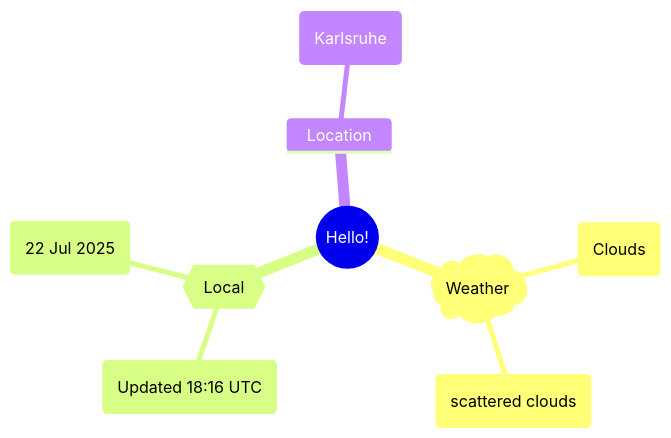
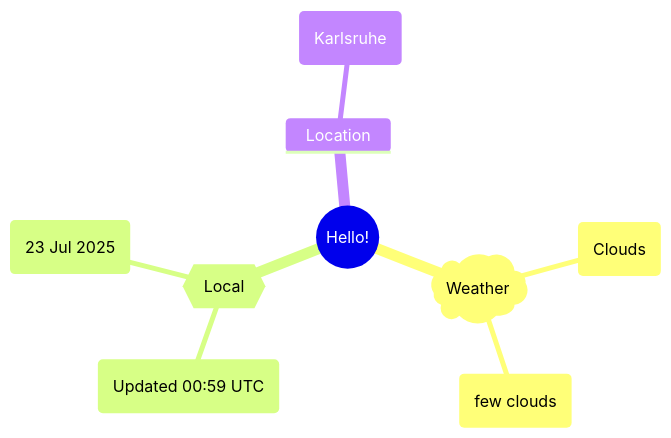
The first of 2 diagrams in README.md (Xosrov/Xosrov), drawn with Mermaid before and after one commit.

Commit message:
[bot] updated images

````diff
--- a/README.md
+++ b/README.md
@@ -3,12 +3,12 @@
 ```mermaid
 mindmap
   root((Hello!))
     )Weather(
         (Clouds)
-        (scattered clouds)
+        (few clouds)
     {{Local}}
-        (Updated 18:16 UTC)
-        (22 Jul 2025)
+        (Updated 00:59 UTC)
+        (23 Jul 2025)
     Location
         (Karlsruhe)
 ```
````
